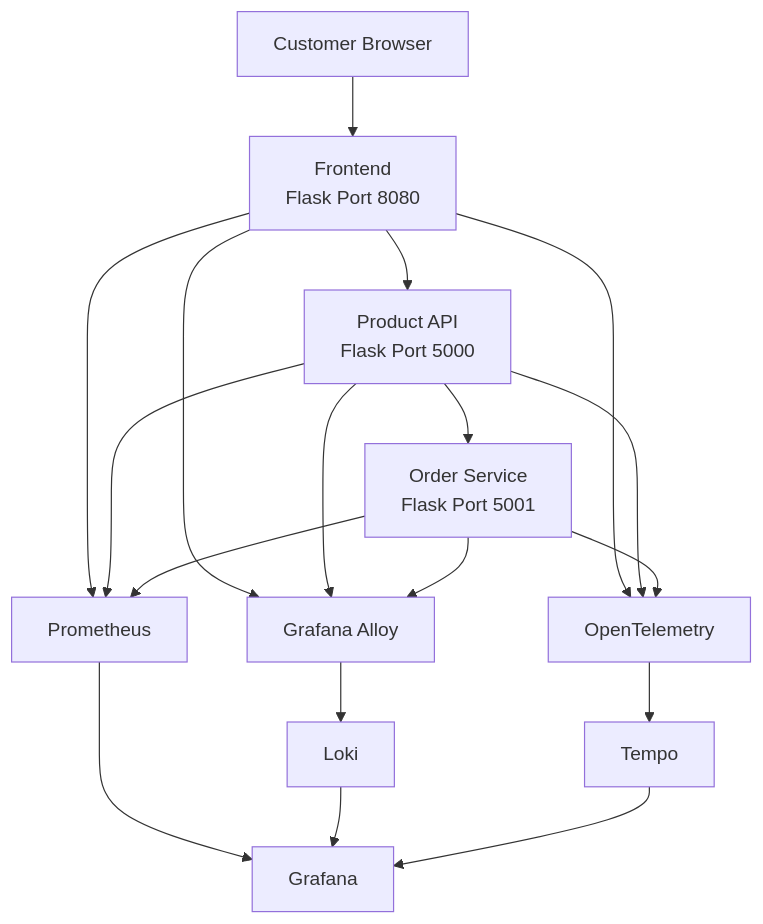
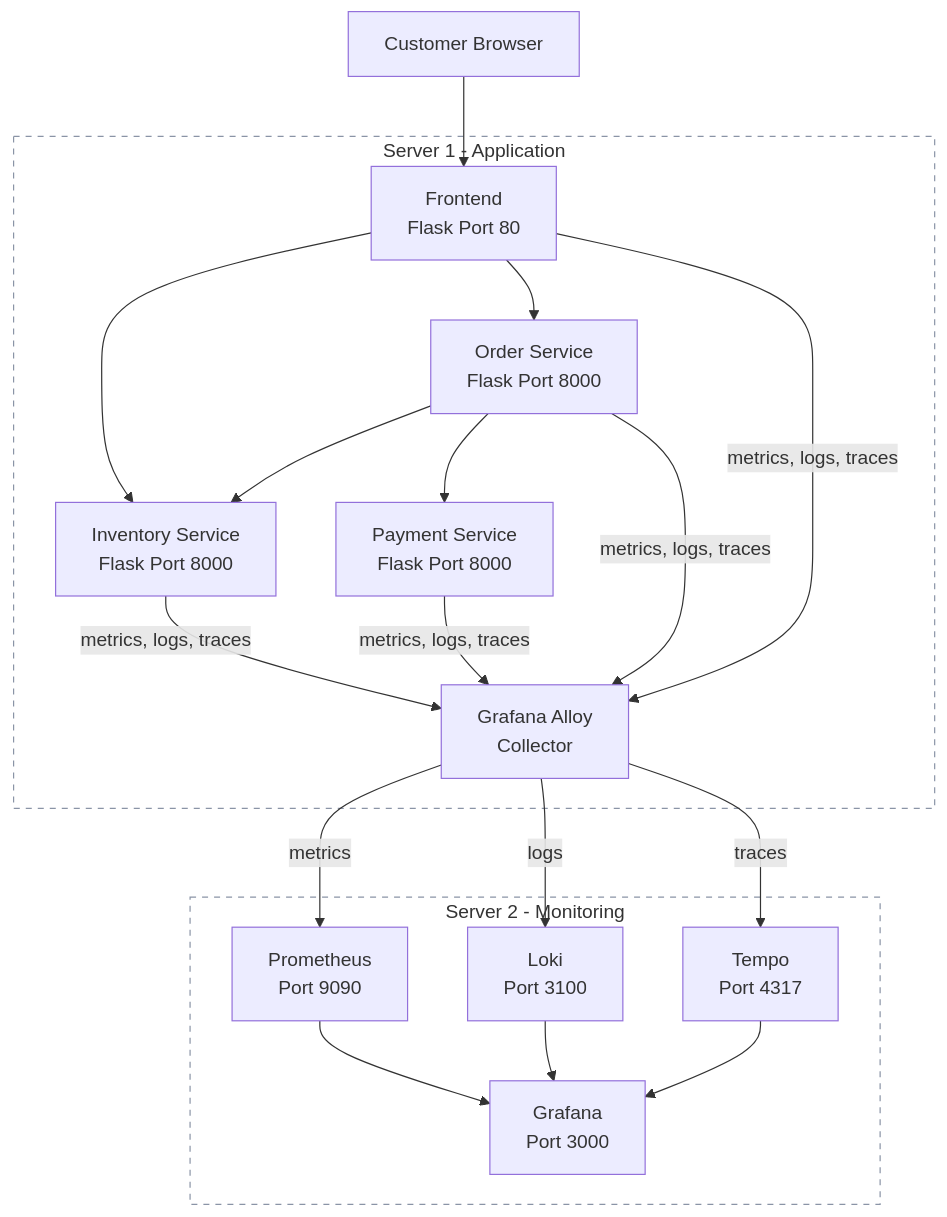
The first of 2 diagrams in README.md (muneebshafiq23/observability-project), drawn with Mermaid before and after one commit. The commit also changed other lines of this file, not shown here.

````diff
--- a/README.md
+++ b/README.md
@@ -103,40 +58,42 @@
 ```mermaid
 flowchart TD
 
     User["Customer Browser"]
 
-    Frontend["Frontend<br/>Flask Port 8080"]
-    ProductAPI["Product API<br/>Flask Port 5000"]
-    OrderService["Order Service<br/>Flask Port 5001"]
+    subgraph S1["Server 1 - Application"]
+        Frontend["Frontend<br/>Flask Port 80"]
+        Order["Order Service<br/>Flask Port 8000"]
+        Inventory["Inventory Service<br/>Flask Port 8000"]
+        Payment["Payment Service<br/>Flask Port 8000"]
+        Alloy["Grafana Alloy<br/>Collector"]
+    end
 
-    Prometheus["Prometheus"]
-    Loki["Loki"]
-    Tempo["Tempo"]
-    Alloy["Grafana Alloy"]
-    Grafana["Grafana"]
-    OTel["OpenTelemetry"]
+    subgraph S2["Server 2 - Monitoring"]
+        Prometheus["Prometheus<br/>Port 9090"]
+        Loki["Loki<br/>Port 3100"]
+        Tempo["Tempo<br/>Port 4317"]
+        Grafana["Grafana<br/>Port 3000"]
+    end
 
     User --> Frontend
-    Frontend --> ProductAPI
-    ProductAPI --> OrderService
+    Frontend --> Inventory
+    Frontend --> Order
+    Order --> Inventory
+    Order --> Payment
 
-    Frontend --> Prometheus
-    ProductAPI --> Prometheus
-    OrderService --> Prometheus
+    Frontend -->|"metrics, logs, traces"| Alloy
+    Order -->|"metrics, logs, traces"| Alloy
+    Inventory -->|"metrics, logs, traces"| Alloy
+    Payment -->|"metrics, logs, traces"| Alloy
 
-    Frontend --> OTel
-    ProductAPI --> OTel
-    OrderService --> OTel
-
-    OTel --> Tempo
-
-    Frontend --> Alloy
-    ProductAPI --> Alloy
-    OrderService --> Alloy
-
-    Alloy --> Loki
+    Alloy -->|"metrics"| Prometheus
+    Alloy -->|"logs"| Loki
+    Alloy -->|"traces"| Tempo
 
     Prometheus --> Grafana
     Loki --> Grafana
     Tempo --> Grafana
+
+    style S1 fill:transparent,stroke:#8a94a6,stroke-dasharray:5 5
+    style S2 fill:transparent,stroke:#8a94a6,stroke-dasharray:5 5
 ```
````
